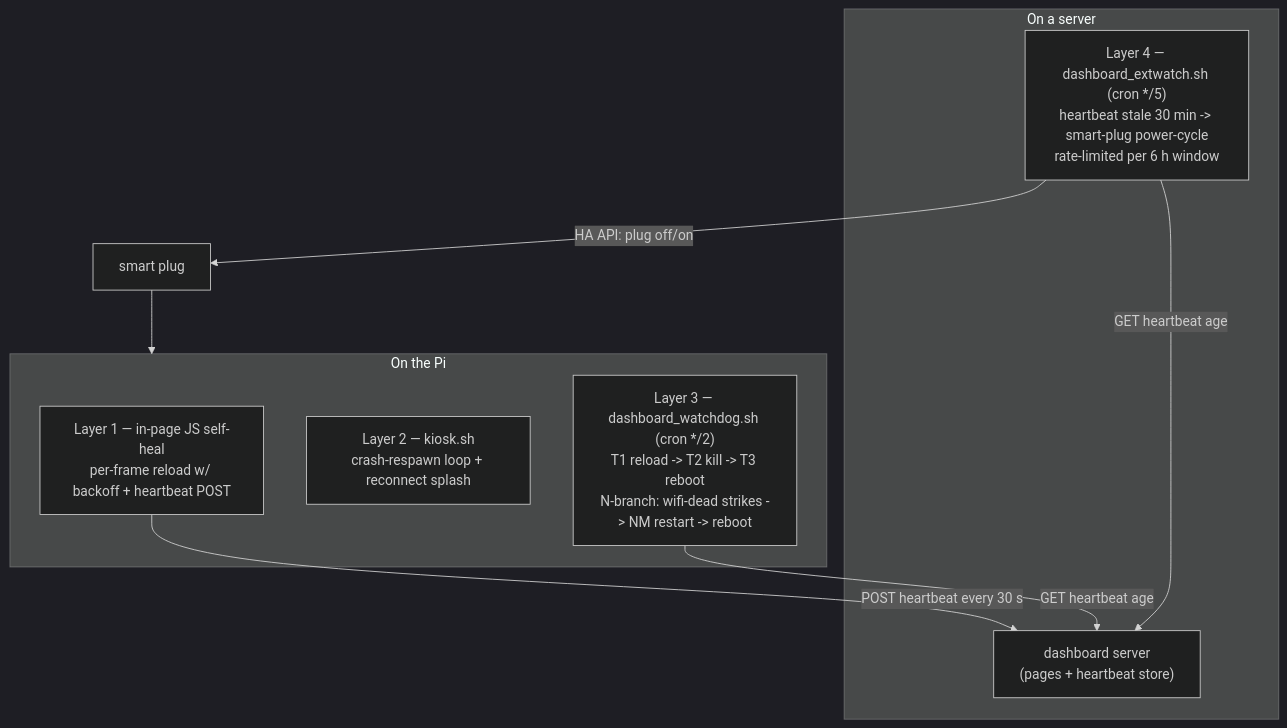
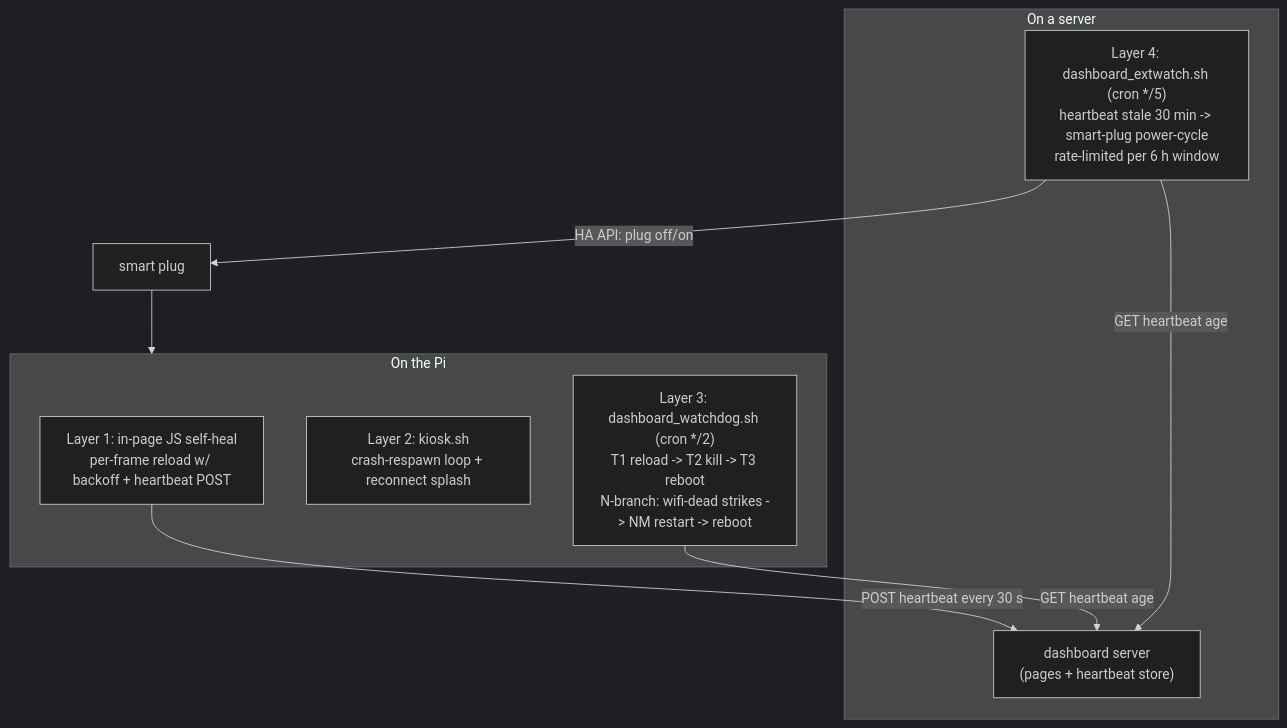
Before and after one commit to b1lll4mp3/pi-kiosk-survival-kit: the diagram in README.md, drawn with Mermaid (dark theme). The commit also changed other lines of this file and 1 other file, not shown here.

Commit message:
pi-kiosk-survival-kit v0.1.0

````diff
--- a/README.md
+++ b/README.md
@@ -26,16 +26,16 @@
 ```mermaid
 flowchart TB
     subgraph pi [On the Pi]
-        L1["Layer 1 — in-page JS self-heal<br/>per-frame reload w/ backoff + heartbeat POST"]
-        L2["Layer 2 — kiosk.sh<br/>crash-respawn loop + reconnect splash"]
-        L3["Layer 3 — dashboard_watchdog.sh (cron */2)<br/>T1 reload -> T2 kill -> T3 reboot<br/>N-branch: wifi-dead strikes -> NM restart -> reboot"]
+        L1["Layer 1: in-page JS self-heal<br/>per-frame reload w/ backoff + heartbeat POST"]
+        L2["Layer 2: kiosk.sh<br/>crash-respawn loop + reconnect splash"]
+        L3["Layer 3: dashboard_watchdog.sh (cron */2)<br/>T1 reload -> T2 kill -> T3 reboot<br/>N-branch: wifi-dead strikes -> NM restart -> reboot"]
     end
     subgraph server [On a server]
         SRV["dashboard server<br/>(pages + heartbeat store)"]
-        L4["Layer 4 — dashboard_extwatch.sh (cron */5)<br/>heartbeat stale 30 min -> smart-plug power-cycle<br/>rate-limited per 6 h window"]
+        L4["Layer 4: dashboard_extwatch.sh (cron */5)<br/>heartbeat stale 30 min -> smart-plug power-cycle<br/>rate-limited per 6 h window"]
     end
     L1 -- "POST heartbeat every 30 s" --> SRV
     L3 -- "GET heartbeat age" --> SRV
     L4 -- "GET heartbeat age" --> SRV
     L4 -- "HA API: plug off/on" --> PLUG[smart plug] --> pi
 ```
````
